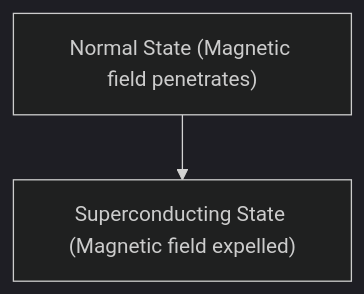
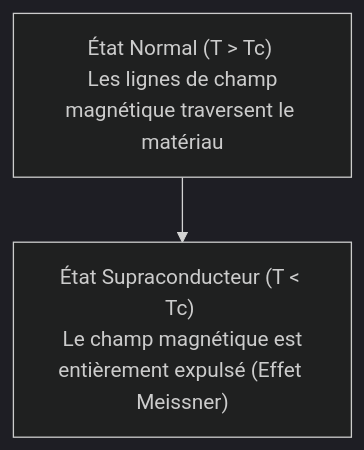
Before and after one commit to kenjinote/blog: the diagram in content/post/physics-superconductivity/index.fr.md, drawn with Mermaid (dark theme). The commit also changed other lines of this file and 219 other files, not shown here.

````diff
--- a/content/post/physics-superconductivity/index.fr.md
+++ b/content/post/physics-superconductivity/index.fr.md
@@ -17,4 +32,4 @@
 ```mermaid
 flowchart TD
-    A["Normal State (Magnetic field penetrates)"] --> B["Superconducting State (Magnetic field expelled)"]
+    A["État Normal (T > Tc) \n Les lignes de champ magnétique traversent le matériau"] --> B["État Supraconducteur (T < Tc) \n Le champ magnétique est entièrement expulsé (Effet Meissner)"]
 ```
````
